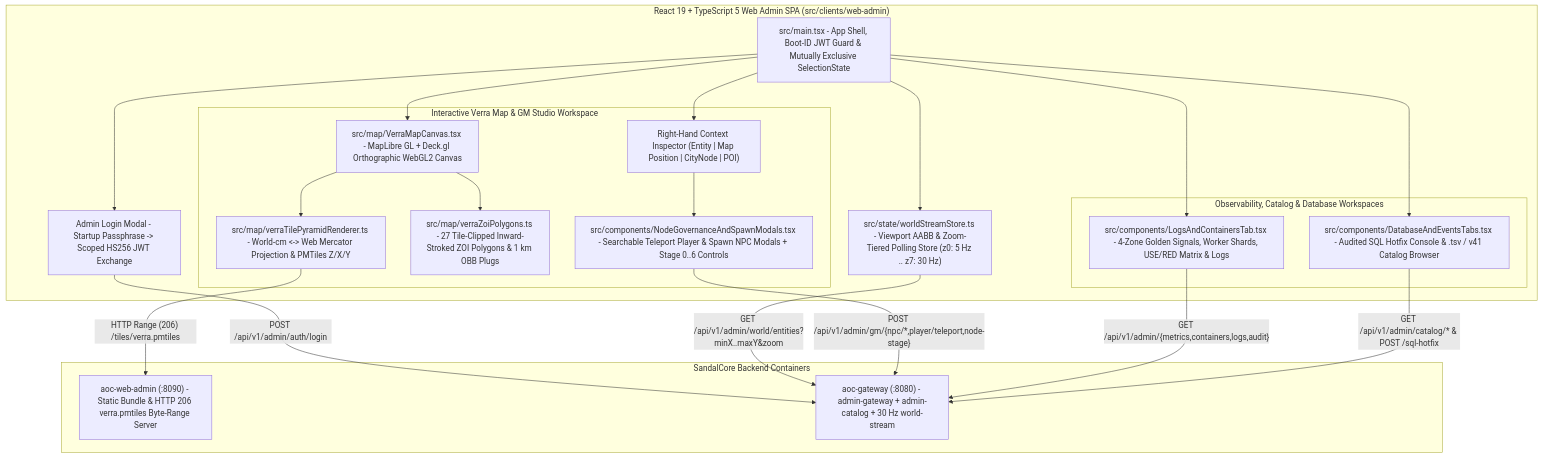
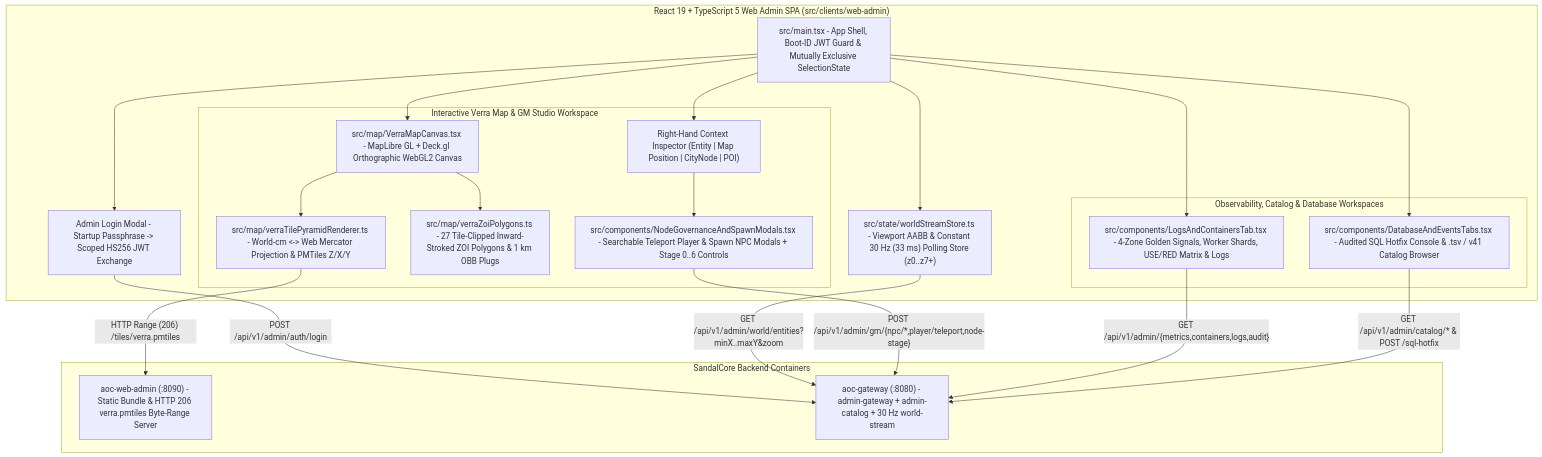
Before and after one commit to debuggin/SandalCore: the first of 2 diagrams in src/clients/web-admin/README.md, drawn with Mermaid. The commit also changed other lines of this file and 114 other files, not shown here.

````diff
--- a/src/clients/web-admin/README.md
+++ b/src/clients/web-admin/README.md
@@ -14,42 +14,42 @@
 ```mermaid
 flowchart TB
     subgraph BrowserSPA["React 19 + TypeScript 5 Web Admin SPA (src/clients/web-admin)"]
         Main["src/main.tsx - App Shell, Boot-ID JWT Guard & Mutually Exclusive SelectionState"]
         AuthModal["Admin Login Modal - Startup Passphrase -> Scoped HS256 JWT Exchange"]
-        StreamStore["src/state/worldStreamStore.ts - Viewport AABB & Zoom-Tiered Polling Store (z0: 5 Hz .. z7: 30 Hz)"]
+        StreamStore["src/state/worldStreamStore.ts - Viewport AABB & Constant 30 Hz (33 ms) Polling Store (z0..z7+)"]
 
         subgraph MapWorkspace["Interactive Verra Map & GM Studio Workspace"]
             MapCanvas["src/map/VerraMapCanvas.tsx - MapLibre GL + Deck.gl Orthographic WebGL2 Canvas"]
             TilePyramid["src/map/verraTilePyramidRenderer.ts - World-cm <-> Web Mercator Projection & PMTiles Z/X/Y"]
             ZoiPolys["src/map/verraZoiPolygons.ts - 27 Tile-Clipped Inward-Stroked ZOI Polygons & 1 km OBB Plugs"]
             Inspector["Right-Hand Context Inspector (Entity | Map Position | CityNode | POI)"]
             GmModals["src/components/NodeGovernanceAndSpawnModals.tsx - Searchable Teleport Player & Spawn NPC Modals + Stage 0..6 Controls"]
         end
 
         subgraph ObservabilityAndData["Observability, Catalog & Database Workspaces"]
             LogsTab["src/components/LogsAndContainersTab.tsx - 4-Zone Golden Signals, Worker Shards, USE/RED Matrix & Logs"]
             DbTab["src/components/DatabaseAndEventsTabs.tsx - Audited SQL Hotfix Console & .tsv / v41 Catalog Browser"]
         end
     end
 
     subgraph BackendEdge["SandalCore Backend Containers"]
         WebAdminSrv["aoc-web-admin (:8090) - Static Bundle & HTTP 206 verra.pmtiles Byte-Range Server"]
         AdminGw["aoc-gateway (:8080) - admin-gateway + admin-catalog + 30 Hz world-stream"]
     end
 
     Main --> AuthModal
     Main --> StreamStore
     Main --> MapCanvas
     Main --> Inspector
     Main --> LogsTab
     Main --> DbTab
     MapCanvas --> TilePyramid
     MapCanvas --> ZoiPolys
     Inspector --> GmModals
     TilePyramid -->|"HTTP Range (206) /tiles/verra.pmtiles"| WebAdminSrv
     AuthModal -->|"POST /api/v1/admin/auth/login"| AdminGw
     StreamStore -->|"GET /api/v1/admin/world/entities?minX..maxY&zoom"| AdminGw
     GmModals -->|"POST /api/v1/admin/gm/{npc/*,player/teleport,node-stage}"| AdminGw
     LogsTab -->|"GET /api/v1/admin/{metrics,containers,logs,audit}"| AdminGw
     DbTab -->|"GET /api/v1/admin/catalog/* & POST /sql-hotfix"| AdminGw
 ```
````
